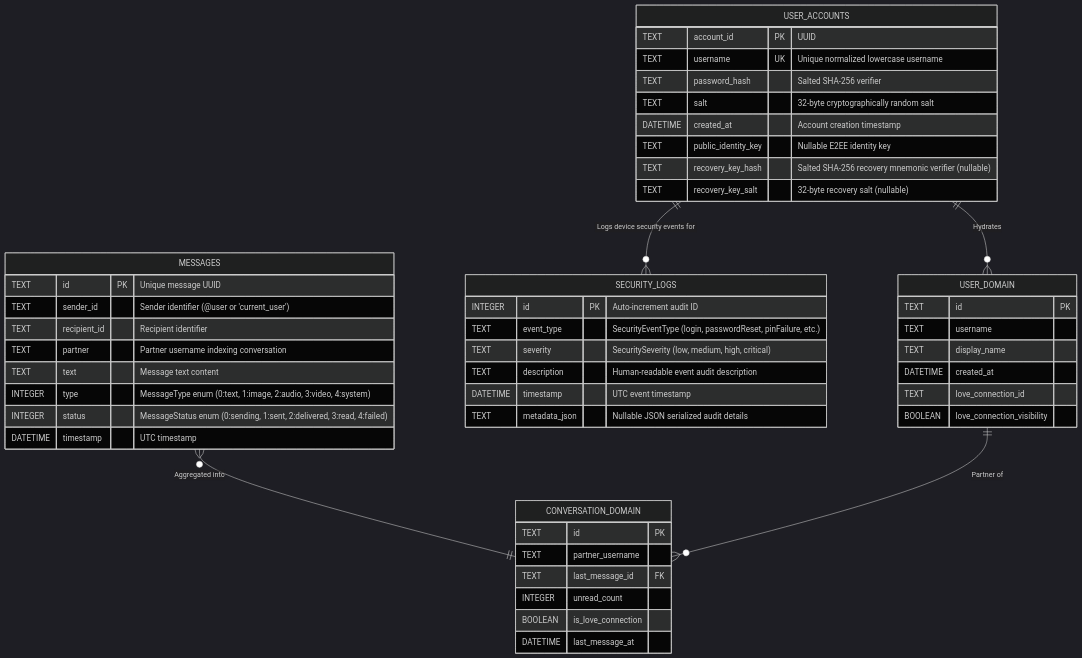
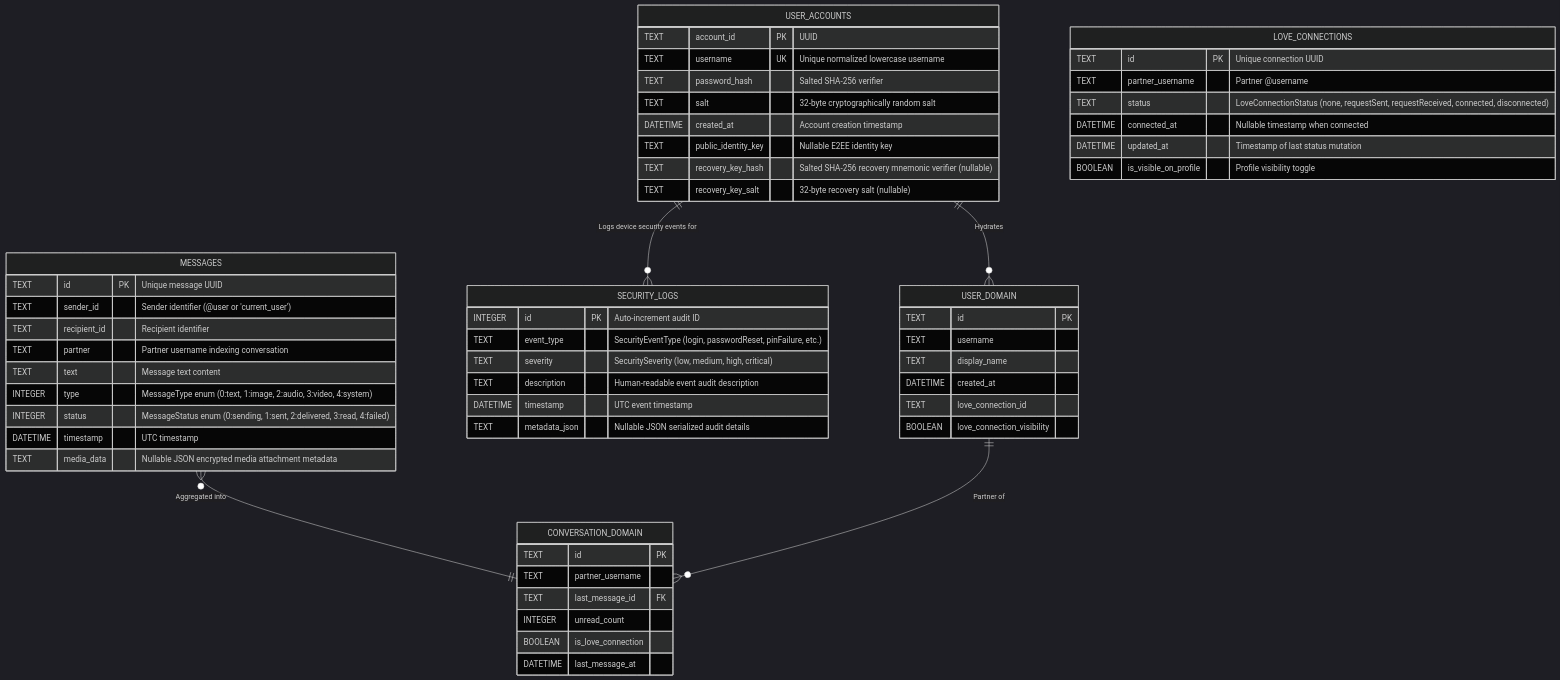
The ninth of 17 diagrams in diagram.md (nazmulfahim3010/ourPlace), drawn with Mermaid (dark theme) before and after one commit. The commit also changed other lines of this file and 17 other files, not shown here.

Commit message:
feat: implement chat repository, love connection service, schema v5 database, and core UI screens

````diff
--- a/diagram.md
+++ b/diagram.md
@@ -441,56 +441,66 @@
 ```mermaid
 erDiagram
     USER_ACCOUNTS {
         TEXT account_id PK "UUID"
         TEXT username UK "Unique normalized lowercase username"
         TEXT password_hash "Salted SHA-256 verifier"
         TEXT salt "32-byte cryptographically random salt"
         DATETIME created_at "Account creation timestamp"
         TEXT public_identity_key "Nullable E2EE identity key"
         TEXT recovery_key_hash "Salted SHA-256 recovery mnemonic verifier (nullable)"
         TEXT recovery_key_salt "32-byte recovery salt (nullable)"
     }
 
     MESSAGES {
         TEXT id PK "Unique message UUID"
         TEXT sender_id "Sender identifier (@user or 'current_user')"
         TEXT recipient_id "Recipient identifier"
         TEXT partner "Partner username indexing conversation"
         TEXT text "Message text content"
         INTEGER type "MessageType enum (0:text, 1:image, 2:audio, 3:video, 4:system)"
         INTEGER status "MessageStatus enum (0:sending, 1:sent, 2:delivered, 3:read, 4:failed)"
         DATETIME timestamp "UTC timestamp"
+        TEXT media_data "Nullable JSON encrypted media attachment metadata"
     }
 
     SECURITY_LOGS {
         INTEGER id PK "Auto-increment audit ID"
         TEXT event_type "SecurityEventType (login, passwordReset, pinFailure, etc.)"
         TEXT severity "SecuritySeverity (low, medium, high, critical)"
         TEXT description "Human-readable event audit description"
         DATETIME timestamp "UTC event timestamp"
         TEXT metadata_json "Nullable JSON serialized audit details"
+    }
+
+    LOVE_CONNECTIONS {
+        TEXT id PK "Unique connection UUID"
+        TEXT partner_username "Partner @username"
+        TEXT status "LoveConnectionStatus (none, requestSent, requestReceived, connected, disconnected)"
+        DATETIME connected_at "Nullable timestamp when connected"
+        DATETIME updated_at "Timestamp of last status mutation"
+        BOOLEAN is_visible_on_profile "Profile visibility toggle"
     }
 
     CONVERSATION_DOMAIN {
         TEXT id PK
         TEXT partner_username
         TEXT last_message_id FK
         INTEGER unread_count
         BOOLEAN is_love_connection
         DATETIME last_message_at
     }
 
     USER_DOMAIN {
         TEXT id PK
         TEXT username
         TEXT display_name
         DATETIME created_at
         TEXT love_connection_id
         BOOLEAN love_connection_visibility
     }
 
     USER_ACCOUNTS ||--o{ USER_DOMAIN : "Hydrates"
     USER_ACCOUNTS ||--o{ SECURITY_LOGS : "Logs device security events for"
     MESSAGES }o--|| CONVERSATION_DOMAIN : "Aggregated into"
     USER_DOMAIN ||--o{ CONVERSATION_DOMAIN : "Partner of"
 ```
````
